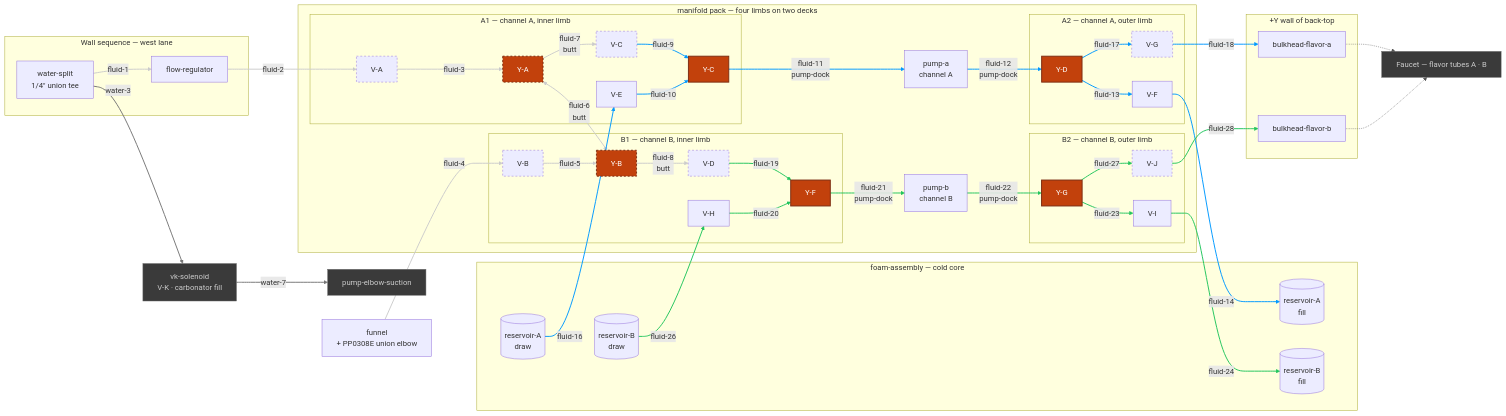
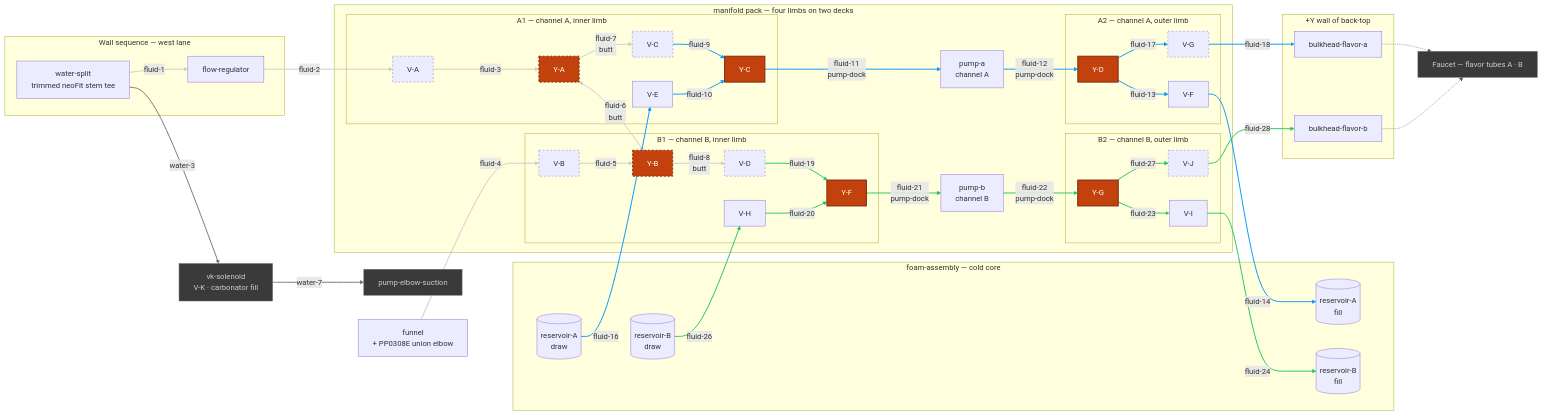
Before and after one commit to derekbreden/homesodamachine: the diagram in hardware/topology/fluid-topology-manifold.mmd, drawn with Mermaid. The commit also changed 7 other files, not shown here.

```diff
--- a/hardware/topology/fluid-topology-manifold.mmd
+++ b/hardware/topology/fluid-topology-manifold.mmd
@@ -20,7 +20,7 @@
   %% no tube at all; [11](DRAWN_COUNT) are swept runs between placed bodies; the rest are
   %% [4](UPPER_LINK_COUNT) short upper tubes, [4](LOWER_RETURN_COUNT) lower return tubes, the four
   %% prepared pump tubes through the collet plate. Reported tube lengths total
-  %% [3719.7 mm](FLUID_TOTAL) of LLDPE over [73](FLUID_BENDS) curved tube sections, and the longest is
+  %% [3414.5 mm](FLUID_TOTAL) of LLDPE over [81](FLUID_BENDS) curved tube sections, and the longest is
   %% [fluid-18](LONGEST_ID) at [688.1 mm](LONGEST_LEN). [0](OPEN_COUNT) are mouths with nothing
   %% on the far end of them: EVERY FLAVOR SEGMENT IN THIS CHART IS MADE. The stock total
   %% excludes the pump tubes, which come fitted in the prepared pumps. The lower return tubes are
@@ -42,7 +42,7 @@
   %% The west lane's own column, every mouth on the ASSE chain's line. The split's supply side
   %% (rear bulkhead → ASSE 1022) is the carbonator chart's.
   subgraph Wall["Wall sequence — west lane"]
-    Split["water-split<br/>1/4&quot; union tee"]
+    Split["water-split<br/>trimmed neoFit stem tee"]
     FlowReg["flow-regulator"]
   end
 
@@ -125,8 +125,8 @@
   %% =========================
   %% Y-A and Y-B stand on their inner limbs' own axes, each between the source valve and the
   %% select it feeds, with their branches meeting face to face across the mirror plane. V-A and
-  %% V-B come off the folded deck's plane on a quarter turn of R14, then step 28 mm further along
-  %% the run and 14 mm across it, toward the cold core's crown.
+  %% V-B reach them from aft, into each tee's aft-facing stem elbow: V-A's low feed from
+  %% back-top's west sidewall, V-B's return from the cold-core lid.
   Split -->|"fluid-1"| FlowReg
   FlowReg -->|"fluid-2"| VA
   VA -->|"fluid-3"| YA
```
